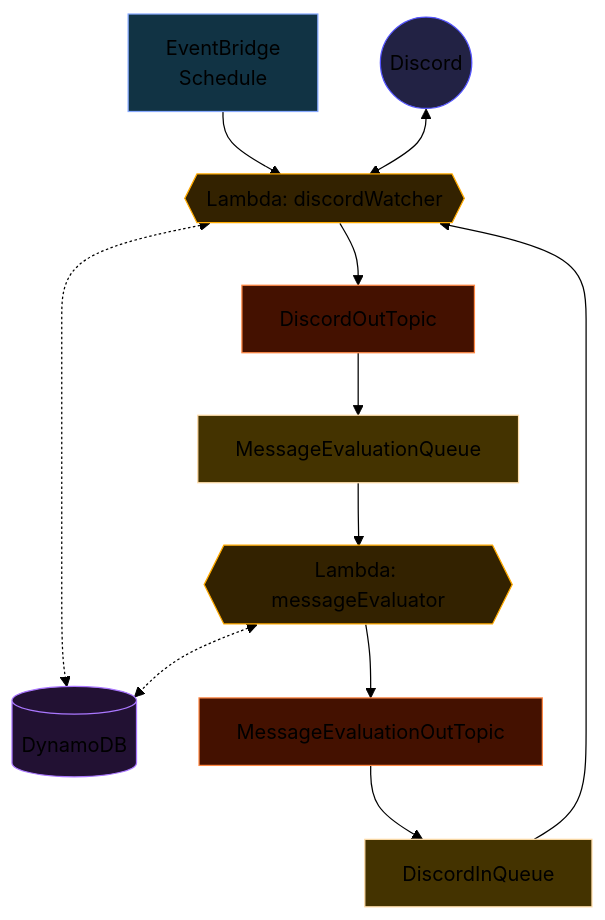
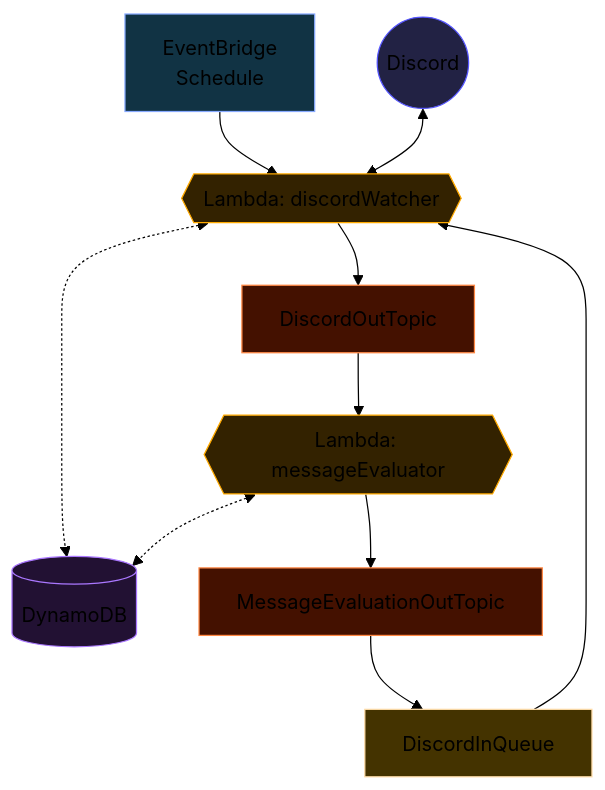
One commit to Misacorp/leetbot-aws changed the diagram in README.md. Above: the diagram before and after it, drawn with Mermaid (forest theme). The commit also changed other lines of this file and 2 other files, not shown here.

````diff
--- a/README.md
+++ b/README.md
@@ -92,38 +95,36 @@
 ```mermaid
 flowchart TD
     Discord((Discord))
     EventBridge[EventBridge<br/>Schedule]
 
     DiscordWatcher{{Lambda: discordWatcher}}
     DiscordOutTopic[DiscordOutTopic]
-    MessageEvalQueue[MessageEvaluationQueue]
     MessageEvaluator{{Lambda: messageEvaluator}}
     MessageEvalOutTopic[MessageEvaluationOutTopic]
     DiscordInQueue[DiscordInQueue]
     DynamoDB[(DynamoDB)]
 
     EventBridge --> DiscordWatcher
     Discord <--> DiscordWatcher
     DiscordWatcher <-.-> DynamoDB
     DiscordWatcher --> DiscordOutTopic
-    DiscordOutTopic --> MessageEvalQueue
-    MessageEvalQueue --> MessageEvaluator
+    DiscordOutTopic --> MessageEvaluator
     MessageEvaluator <-.-> DynamoDB
     MessageEvaluator --> MessageEvalOutTopic
     MessageEvalOutTopic --> DiscordInQueue
     DiscordInQueue --> DiscordWatcher
 
     classDef discord stroke: #55f, fill: #224
     classDef lambda stroke: #fa0, fill: #320
     classDef sns stroke: #f84, fill: #410
     classDef sqs stroke: #fda, fill: #430
     classDef dynamo stroke: #a7f, fill: #213
     classDef schedule stroke: #8af, fill: #134
 
     class Discord discord
     class DiscordWatcher,MessageEvaluator lambda
     class DiscordOutTopic,MessageEvalOutTopic sns
-    class MessageEvalQueue,DiscordInQueue sqs
+    class DiscordInQueue sqs
     class DynamoDB dynamo
     class EventBridge schedule
 ```
````
